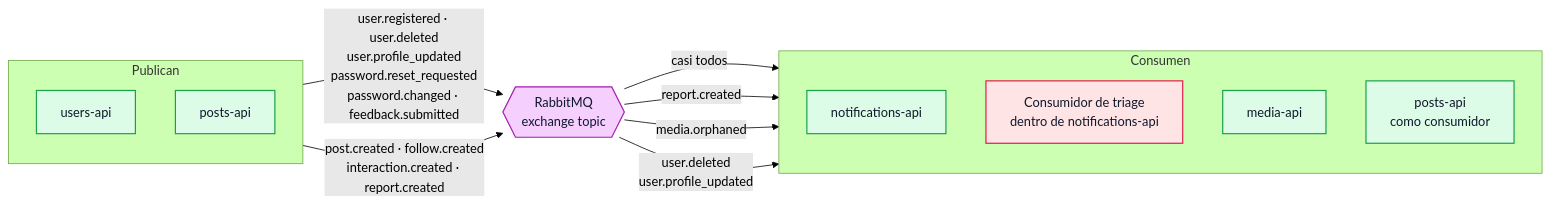
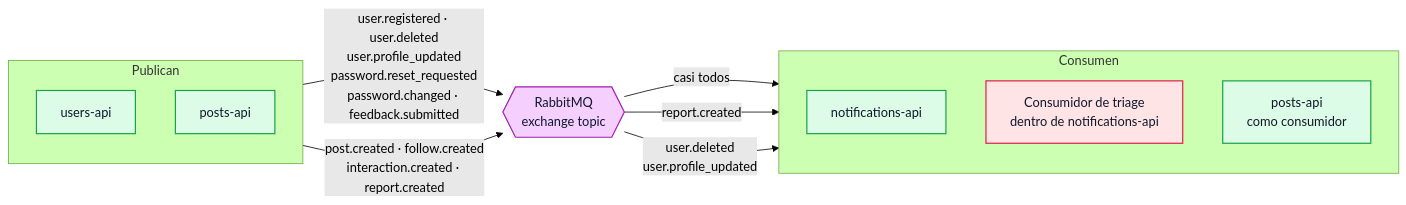
The third of 7 diagrams in docs/ARQUITECTURA.md (tds-g3-2s2026/udesa-x-platform), drawn with Mermaid (forest theme) before and after one commit. The commit also changed other lines of this file and 19 other files, not shown here.

````diff
--- a/docs/ARQUITECTURA.md
+++ b/docs/ARQUITECTURA.md
@@ -343,30 +391,28 @@
 ```mermaid
 flowchart LR
     subgraph pub["Publican"]
         direction TB
         U["users-api"]
         P["posts-api"]
     end
     EX{{"RabbitMQ<br/>exchange topic"}}
     subgraph con["Consumen"]
         direction TB
         N["notifications-api"]
         T["Consumidor de triage<br/>dentro de notifications-api"]
-        M["media-api"]
         P2["posts-api<br/>como consumidor"]
     end
 
     U -->|"user.registered · user.deleted<br/>user.profile_updated<br/>password.reset_requested<br/>password.changed · feedback.submitted"| EX
     P -->|"post.created · follow.created<br/>interaction.created · report.created"| EX
     EX -->|"casi todos"| N
     EX -->|"report.created"| T
-    EX -->|"media.orphaned"| M
     EX -->|"user.deleted<br/>user.profile_updated"| P2
 
     classDef svc fill:#dcfce7,stroke:#16a34a,stroke-width:1.5px,color:#0f172a
     classDef bus fill:#f5d0fe,stroke:#a21caf,stroke-width:1.5px,color:#0f172a
     classDef ai fill:#ffe4e6,stroke:#e11d48,stroke-width:1.5px,color:#0f172a
-    class U,P,N,M,P2 svc
+    class U,P,N,P2 svc
     class EX bus
     class T ai
 ```
````
